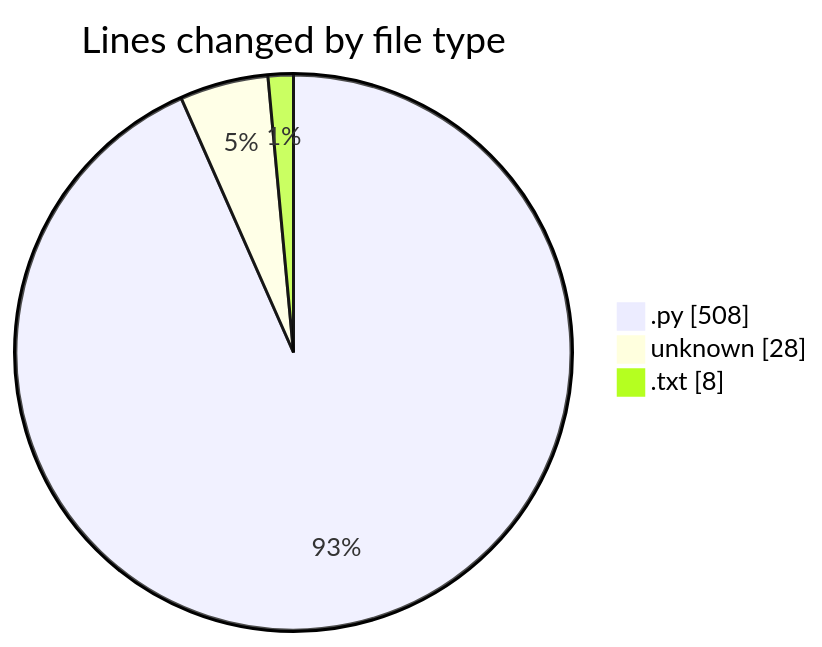
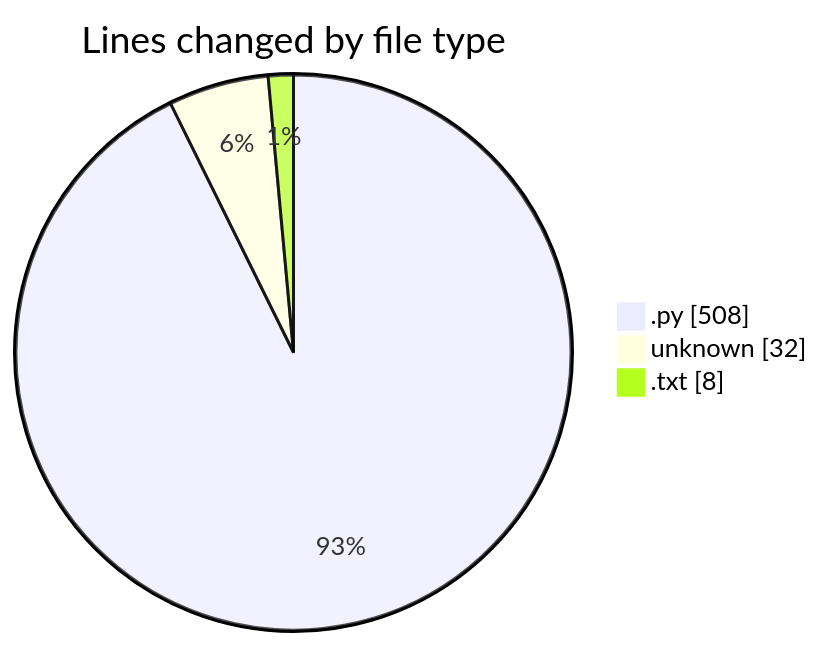
One commit to momahboobian/code-tracking changed the first of 2 diagrams in 2026-09-18/video-downloader/README.md. Above: the diagram before and after it, drawn with Mermaid. The commit also changed other lines of this file and 1 other file, not shown here.

````diff
--- a/2026-09-18/video-downloader/README.md
+++ b/2026-09-18/video-downloader/README.md
@@ -24,7 +24,7 @@
 ```mermaid
 pie showData
 title Lines changed by file type
 ".py" : 508
-"unknown" : 28
+"unknown" : 32
 ".txt" : 8
 ```
````
